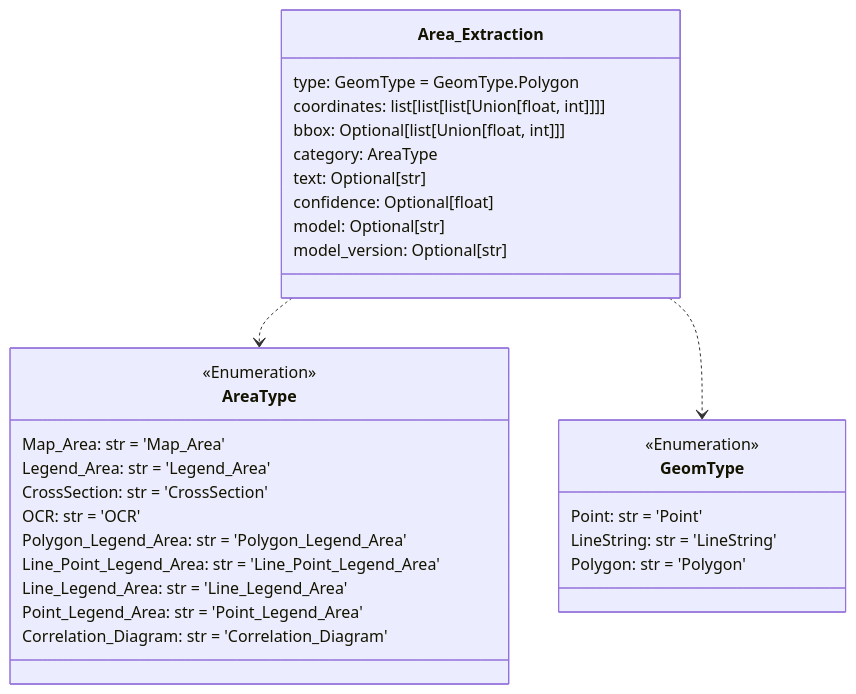
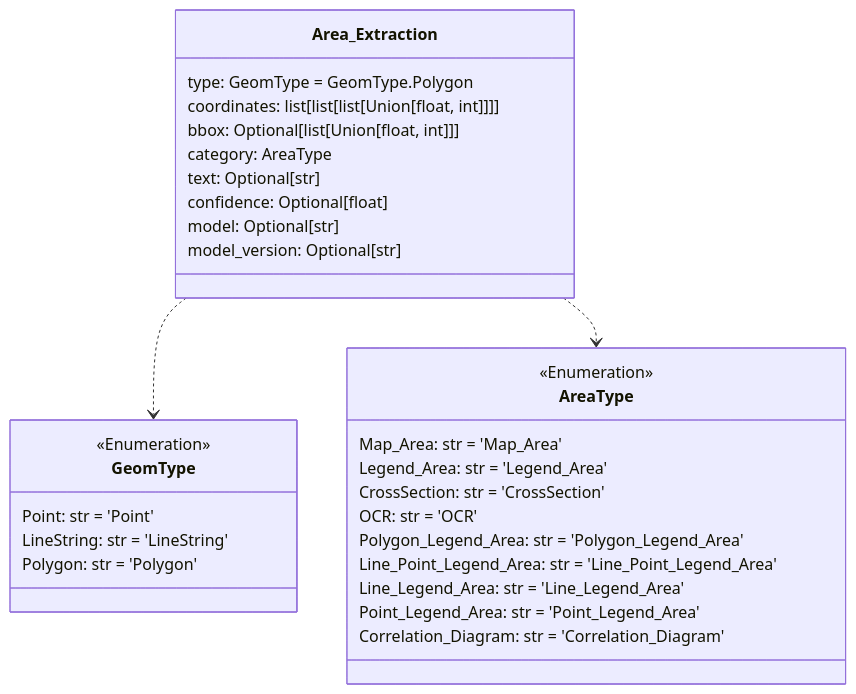
The first of 12 diagrams in README.md (DARPA-CRITICALMAAS/cdr_schemas), drawn with Mermaid before and after one commit. The commit also changed other lines of this file and 1 other file, not shown here.

````diff
--- a/README.md
+++ b/README.md
@@ -66,39 +66,39 @@
 ```mermaid
 classDiagram
 
-    class Area_Extraction {
-        type: GeomType = GeomType.Polygon
-        coordinates: list[list[list[Union[float, int]]]]
-        bbox: Optional[list[Union[float, int]]]
-        category: AreaType
-        text: Optional[str]
-        confidence: Optional[float]
-        model: Optional[str]
-        model_version: Optional[str]
+    class GeomType {
+        <<Enumeration>>
+        Point: str = 'Point'
+        LineString: str = 'LineString'
+        Polygon: str = 'Polygon'
     }
 
     class AreaType {
         <<Enumeration>>
         Map_Area: str = 'Map_Area'
         Legend_Area: str = 'Legend_Area'
         CrossSection: str = 'CrossSection'
         OCR: str = 'OCR'
         Polygon_Legend_Area: str = 'Polygon_Legend_Area'
         Line_Point_Legend_Area: str = 'Line_Point_Legend_Area'
         Line_Legend_Area: str = 'Line_Legend_Area'
         Point_Legend_Area: str = 'Point_Legend_Area'
         Correlation_Diagram: str = 'Correlation_Diagram'
     }
 
-    class GeomType {
-        <<Enumeration>>
-        Point: str = 'Point'
-        LineString: str = 'LineString'
-        Polygon: str = 'Polygon'
+    class Area_Extraction {
+        type: GeomType = GeomType.Polygon
+        coordinates: list[list[list[Union[float, int]]]]
+        bbox: Optional[list[Union[float, int]]]
+        category: AreaType
+        text: Optional[str]
+        confidence: Optional[float]
+        model: Optional[str]
+        model_version: Optional[str]
     }
 
+    Area_Extraction ..> GeomType
     Area_Extraction ..> AreaType
-    Area_Extraction ..> GeomType
 
 
 ```
````
